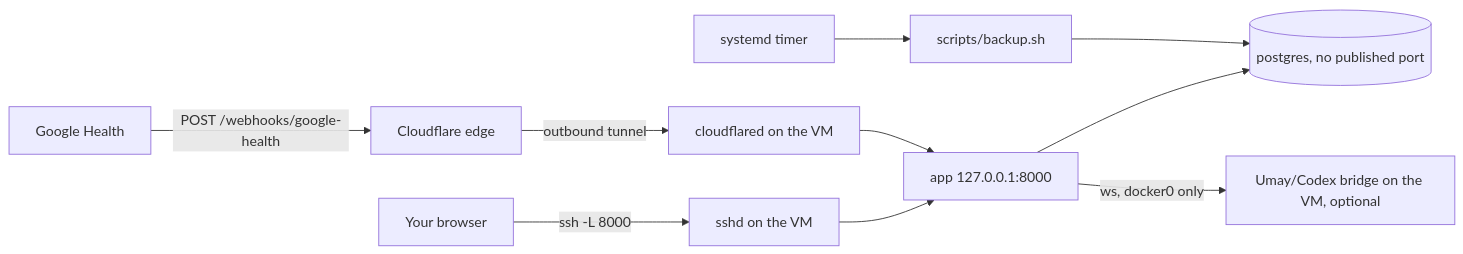
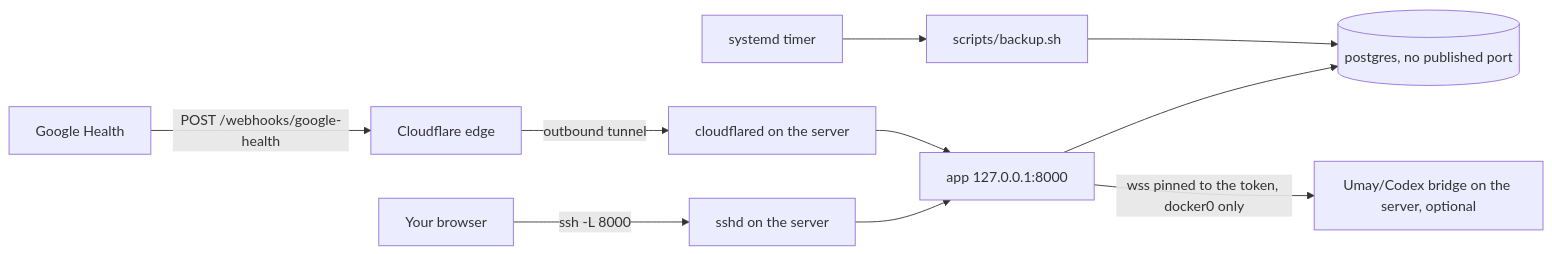
One commit to M3rgen/HealthOS changed the diagram in docs/DEPLOYMENT.md. Above: the diagram before and after it, drawn with Mermaid. The commit also changed other lines of this file and 1279 other files, not shown here.

````diff
--- a/docs/DEPLOYMENT.md
+++ b/docs/DEPLOYMENT.md
@@ -21,11 +26,11 @@
 ```mermaid
 flowchart LR
-    B[Your browser] -->|ssh -L 8000| S[sshd on the VM]
+    B[Your browser] -->|ssh -L 8000| S[sshd on the server]
     S --> A[app 127.0.0.1:8000]
     G[Google Health] -->|POST /webhooks/google-health| CF[Cloudflare edge]
-    CF -->|outbound tunnel| C[cloudflared on the VM]
+    CF -->|outbound tunnel| C[cloudflared on the server]
     C --> A
     A --> P[(postgres, no published port)]
-    A -->|ws, docker0 only| X[Umay/Codex bridge on the VM, optional]
+    A -->|wss pinned to the token, docker0 only| X[Umay/Codex bridge on the server, optional]
     T[systemd timer] --> K[scripts/backup.sh] --> P
 ```
````
